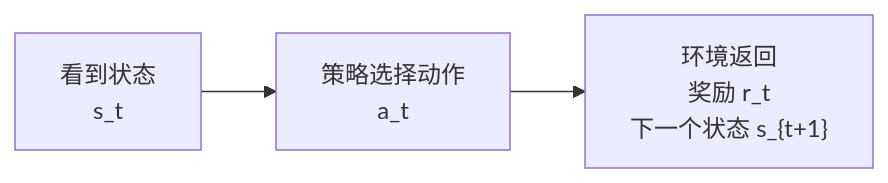
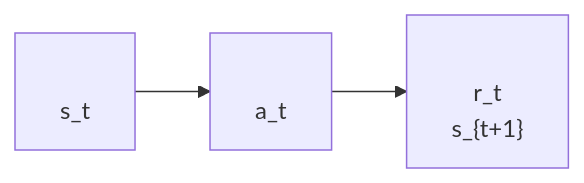
One commit to letslego/hands-on-modern-rl changed the fifth of 5 diagrams in docs/chapter07_ppo/ppo-math.md. Above: the diagram before and after it, drawn with Mermaid. The commit also changed other lines of this file and 267 other files, not shown here.

````diff
--- a/docs/chapter07_ppo/ppo-math.md
+++ b/docs/chapter07_ppo/ppo-math.md
@@ -627,5 +627,5 @@
 ```mermaid
 flowchart LR
-    S["看到状态<br/>s_t"] --> P["策略选择动作<br/>a_t"]
-    P --> E["环境返回<br/>奖励 r_t<br/>下一个状态 s_{t+1}"]
+    S["<br/>s_t"] --> P["<br/>a_t"]
+    P --> E["<br/> r_t<br/> s_{t+1}"]
 ```
````
